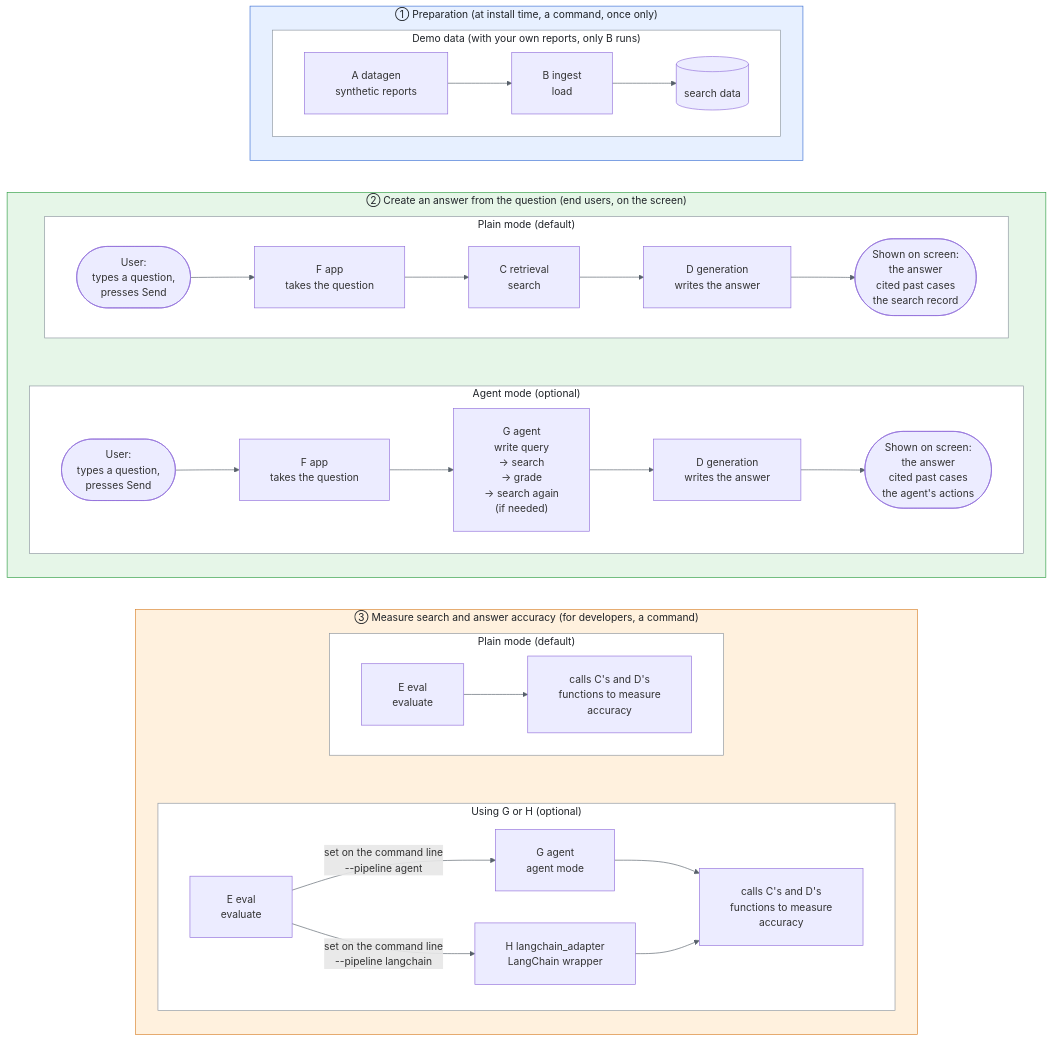
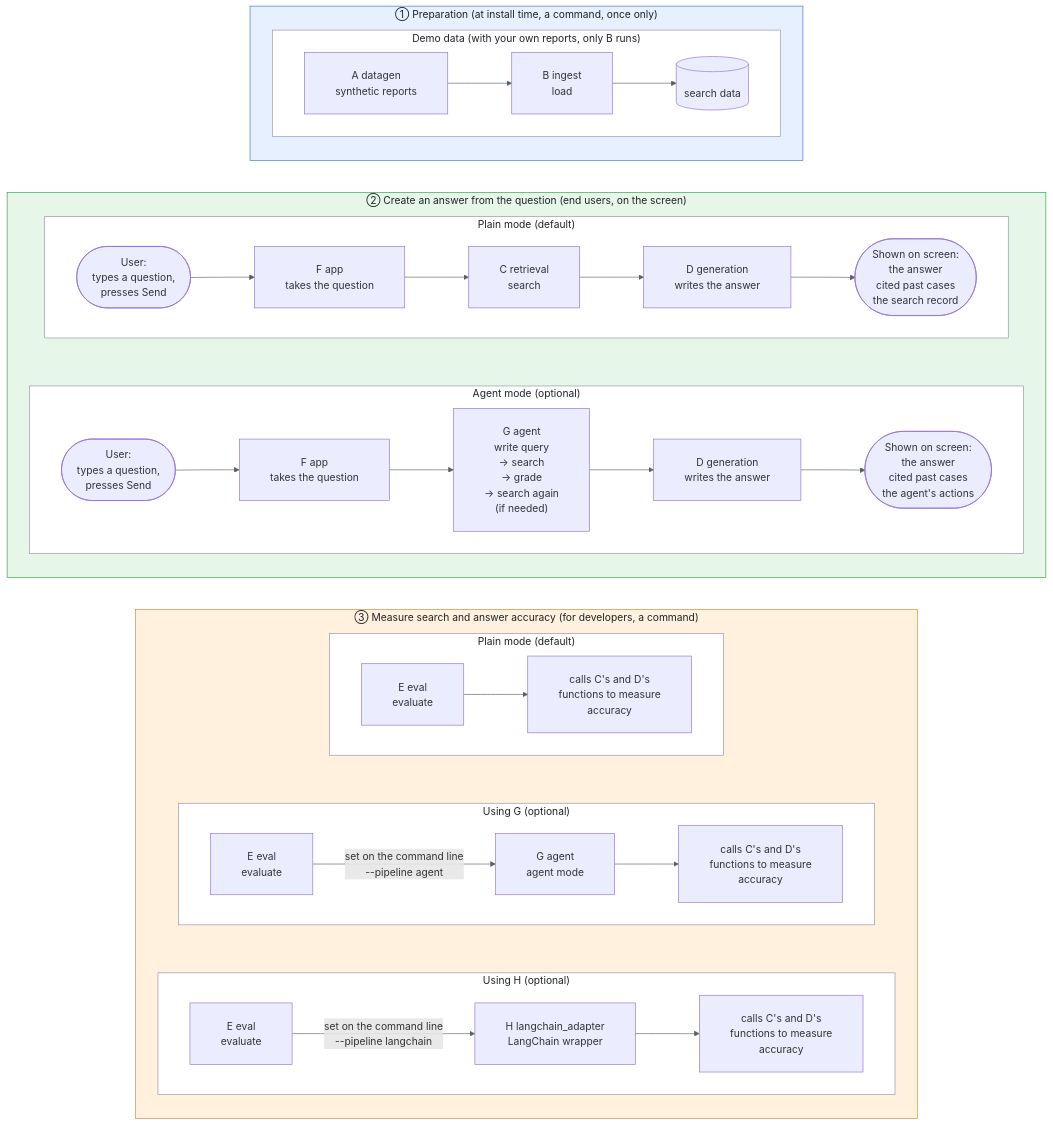
The diagram in README_en.md (satoshi-abe-dev/silo-rag), drawn with Mermaid before and after one commit. The commit also changed other lines of this file and 1 other file, not shown here.

Commit message:
Split G and H into separate boxes in the evaluation part of the architecture diagram
Part ② already shows plain mode and agent mode as separate boxes, but part ③
put G and H in one "G・H" box. It now has three boxes, the same way:
plain mode (default), using G (optional), using H (optional). The bullet list
under the diagram is split the same way (ja/en).

````diff
--- a/README_en.md
+++ b/README_en.md
@@ -167,46 +167,51 @@
 ```mermaid
 %%{init: {"flowchart": {"padding": 24, "wrappingWidth": 400}, "themeVariables": {"lineColor": "#57606a"}}}%%
 graph TB
     subgraph g1["① Preparation (at install time, a command, once only)"]
         direction TB
         subgraph prep["Demo data (with your own reports, only B runs)"]
             direction LR
             A["A datagen<br/>synthetic reports"] --> B["B ingest<br/>load"] --> DB[("search data")]
         end
     end
     subgraph g2["② Create an answer from the question (end users, on the screen)"]
         direction TB
         subgraph plain["Plain mode (default)"]
             direction LR
             U1(["User:<br/>types a question,<br/>presses Send"]) --> F1["F app<br/>takes the question"] --> C1["C retrieval<br/>search"] --> D1["D generation<br/>writes the answer"] --> R1(["Shown on screen:<br/>the answer<br/>cited past cases<br/>the search record"])
         end
         subgraph agent["Agent mode (optional)"]
             direction LR
             U2(["User:<br/>types a question,<br/>presses Send"]) --> F2["F app<br/>takes the question"] --> G["G agent<br/>write query<br/>→ search<br/>→ grade<br/>→ search again<br/>(if needed)"] --> D2["D generation<br/>writes the answer"] --> R2(["Shown on screen:<br/>the answer<br/>cited past cases<br/>the agent's actions"])
         end
         plain ~~~ agent
     end
     subgraph g3["③ Measure search and answer accuracy (for developers, a command)"]
         direction TB
         subgraph ev["Plain mode (default)"]
             direction LR
             E1["E eval<br/>evaluate"] --> CD1["calls C's and D's<br/>functions to measure<br/>accuracy"]
         end
-        subgraph ev2["Using G or H (optional)"]
+        subgraph ev2["Using G (optional)"]
             direction LR
             E2["E eval<br/>evaluate"] -->|"set on the command line<br/>--pipeline agent"| G2["G agent<br/>agent mode"] --> CD2["calls C's and D's<br/>functions to measure<br/>accuracy"]
-            E2 -->|"set on the command line<br/>--pipeline langchain"| H["H langchain_adapter<br/>LangChain wrapper"] --> CD2
+        end
+        subgraph ev3["Using H (optional)"]
+            direction LR
+            E3["E eval<br/>evaluate"] -->|"set on the command line<br/>--pipeline langchain"| H["H langchain_adapter<br/>LangChain wrapper"] --> CD3["calls C's and D's<br/>functions to measure<br/>accuracy"]
         end
         ev ~~~ ev2
+        ev2 ~~~ ev3
     end
     g1 ~~~ g2
     g2 ~~~ g3
     style g1 fill:#e7f0ff,stroke:#3b6fd4,color:#1f2328
     style g2 fill:#e6f6e8,stroke:#2f9e44,color:#1f2328
     style g3 fill:#fff1de,stroke:#d9822b,color:#1f2328
     style prep fill:#ffffff,stroke:#8c959f,color:#1f2328
     style plain fill:#ffffff,stroke:#8c959f,color:#1f2328
     style agent fill:#ffffff,stroke:#8c959f,color:#1f2328
     style ev fill:#ffffff,stroke:#8c959f,color:#1f2328
     style ev2 fill:#ffffff,stroke:#8c959f,color:#1f2328
+    style ev3 fill:#ffffff,stroke:#8c959f,color:#1f2328
 ```
````
